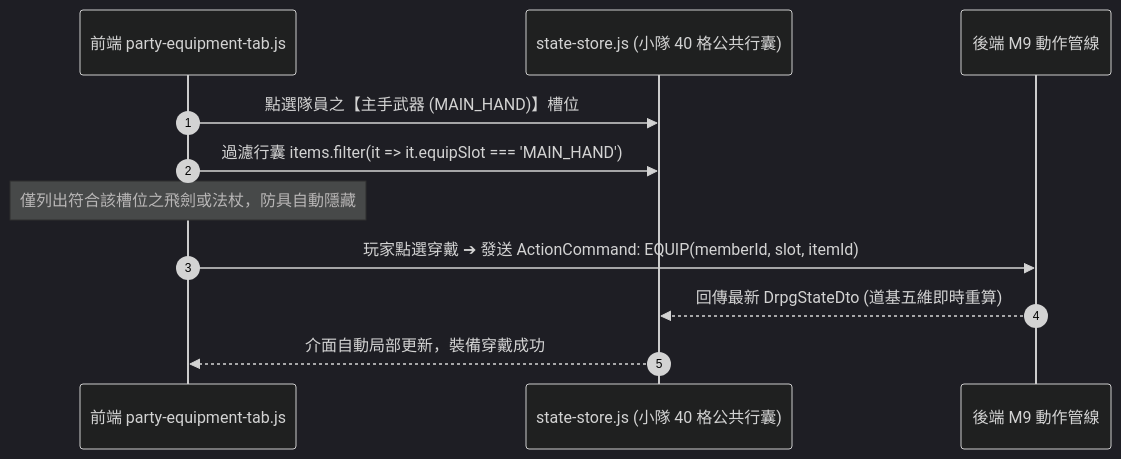
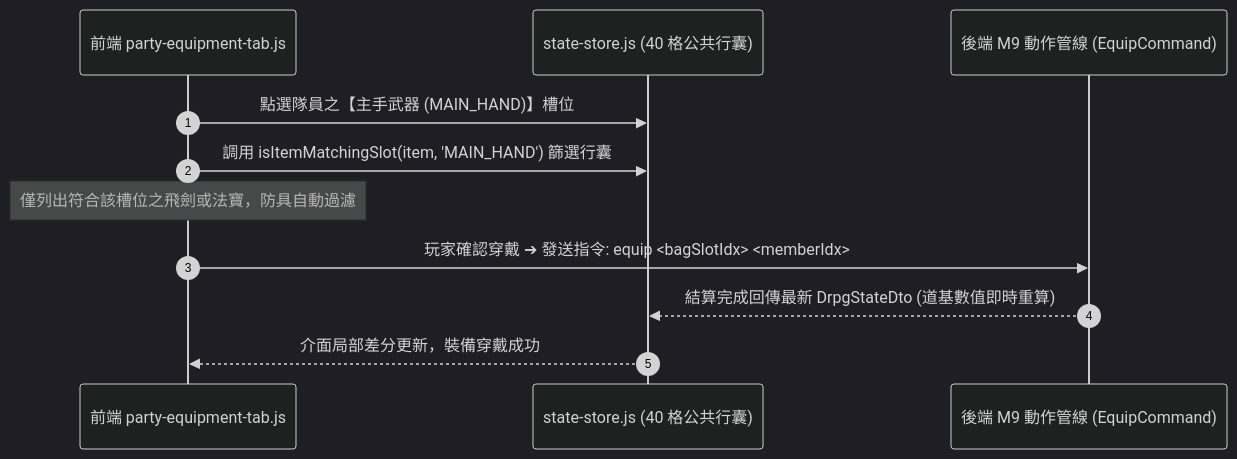
Before and after one commit to FTC-johnchien/practice_mud: the diagram in docs/2_specifications/frontend/FE5_PARTY_EQUIPMENT_AND_MODALS.md, drawn with Mermaid (dark theme). The commit also changed other lines of this file and 74 other files, not shown here.

````diff
--- a/docs/2_specifications/frontend/FE5_PARTY_EQUIPMENT_AND_MODALS.md
+++ b/docs/2_specifications/frontend/FE5_PARTY_EQUIPMENT_AND_MODALS.md
@@ -45,14 +54,14 @@
 ```mermaid
 sequenceDiagram
     autonumber
     participant UI as 前端 party-equipment-tab.js
-    participant Store as state-store.js (小隊 40 格公共行囊)
-    participant Server as 後端 M9 動作管線
+    participant Store as state-store.js (40 格公共行囊)
+    participant Server as 後端 M9 動作管線 (EquipCommand)
 
     UI->>Store: 點選隊員之【主手武器 (MAIN_HAND)】槽位
-    UI->>Store: 過濾行囊 items.filter(it => it.equipSlot === 'MAIN_HAND')
-    Note over UI: 僅列出符合該槽位之飛劍或法杖，防具自動隱藏
-    UI->>Server: 玩家點選穿戴 ➔ 發送 ActionCommand: EQUIP(memberId, slot, itemId)
-    Server-->>Store: 回傳最新 DrpgStateDto (道基五維即時重算)
-    Store-->>UI: 介面自動局部更新，裝備穿戴成功
+    UI->>Store: 調用 isItemMatchingSlot(item, 'MAIN_HAND') 篩選行囊
+    Note over UI: 僅列出符合該槽位之飛劍或法寶，防具自動過濾
+    UI->>Server: 玩家確認穿戴 ➔ 發送指令: equip <bagSlotIdx> <memberIdx>
+    Server-->>Store: 結算完成回傳最新 DrpgStateDto (道基數值即時重算)
+    Store-->>UI: 介面局部差分更新，裝備穿戴成功
 ```
````
